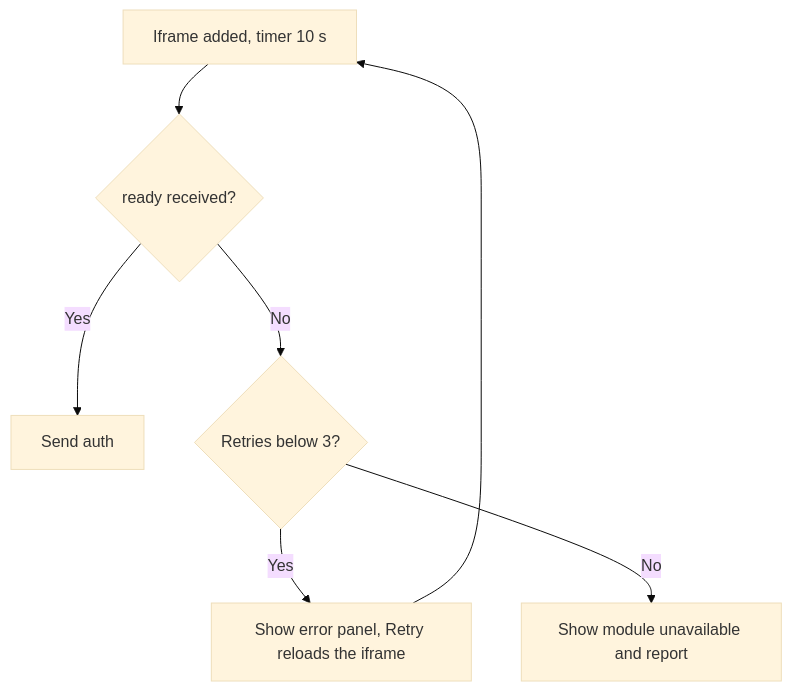
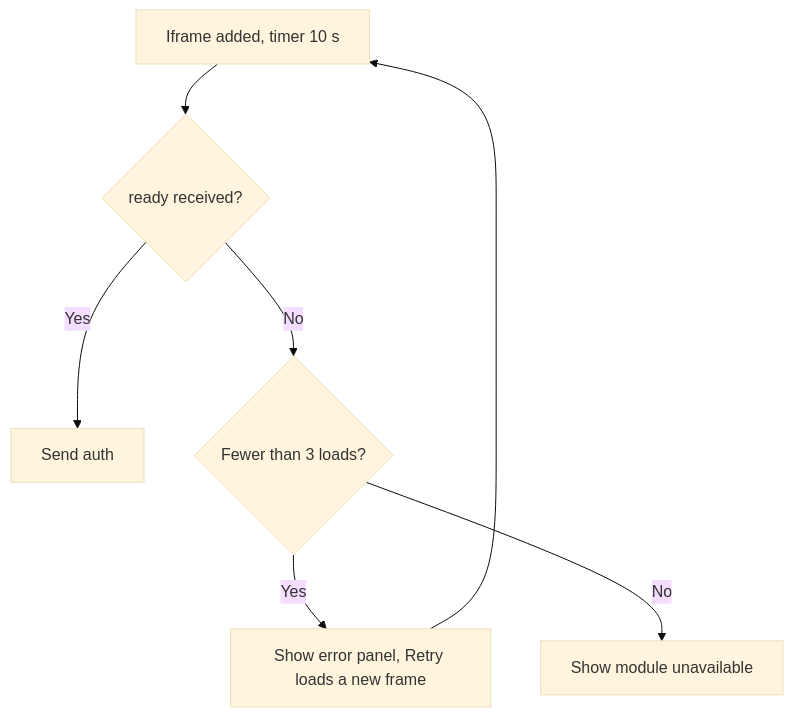
One commit to Shazlo-Pvt-Ltd/shazlo-vendor-portal-web changed the second of 2 diagrams in docs/adr/0001-iframe-postmessage-protocol.md. Above: the diagram before and after it, drawn with Mermaid (base theme). The commit also changed other lines of this file and 853 other files, not shown here.

````diff
--- a/docs/adr/0001-iframe-postmessage-protocol.md
+++ b/docs/adr/0001-iframe-postmessage-protocol.md
@@ -202,9 +206,9 @@
 ```mermaid
 flowchart TD
   A["Iframe added, timer 10 s"] --> B{"ready received?"}
   B -->|Yes| C["Send auth"]
-  B -->|No| D{"Retries below 3?"}
-  D -->|Yes| E["Show error panel, Retry reloads the iframe"]
+  B -->|No| D{"Fewer than 3 loads?"}
+  D -->|Yes| E["Show error panel, Retry loads a new frame"]
   E --> A
-  D -->|No| F["Show module unavailable and report"]
+  D -->|No| F["Show module unavailable"]
 ```
````
